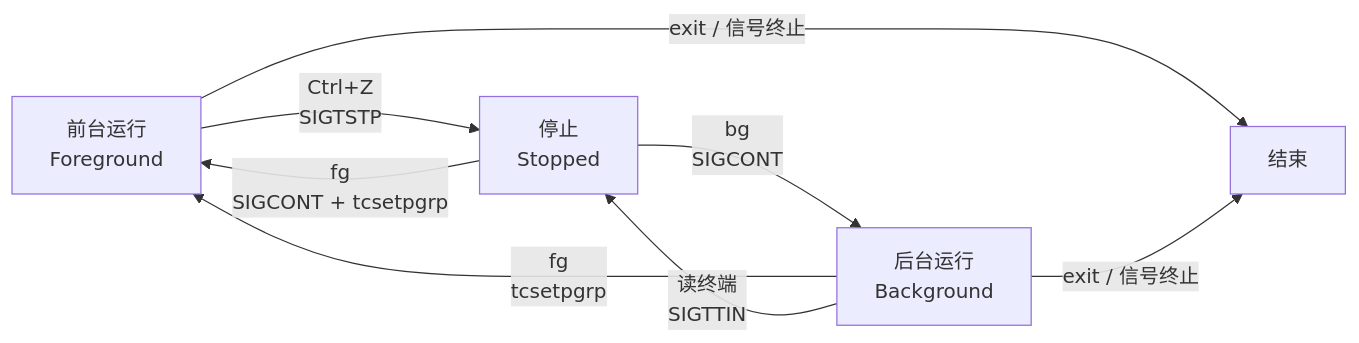
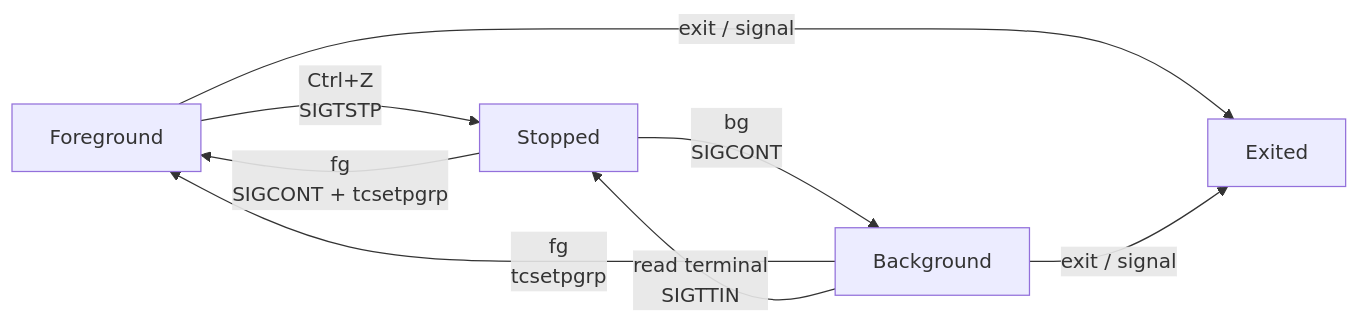
One commit to lilhammerfun/hands-on-os changed the second of 3 diagrams in course/process/03-process-group.md. Above: the diagram before and after it, drawn with Mermaid. The commit also changed other lines of this file and 3 other files, not shown here.

````diff
--- a/course/process/03-process-group.md
+++ b/course/process/03-process-group.md
@@ -242,14 +242,14 @@
 ```mermaid
 flowchart LR
-    FG["前台运行<br/>Foreground"]
-    BG["后台运行<br/>Background"]
-    ST["停止<br/>Stopped"]
+    FG["Foreground"]
+    BG["Background"]
+    ST["Stopped"]
 
     FG -->|"Ctrl+Z<br/>SIGTSTP"| ST
     ST -->|"fg<br/>SIGCONT + tcsetpgrp"| FG
     ST -->|"bg<br/>SIGCONT"| BG
     BG -->|"fg<br/>tcsetpgrp"| FG
-    FG -->|"exit / 信号终止"| END["结束"]
-    BG -->|"exit / 信号终止"| END
-    BG -->|"读终端<br/>SIGTTIN"| ST
+    FG -->|"exit / signal"| END["Exited"]
+    BG -->|"exit / signal"| END
+    BG -->|"read terminal<br/>SIGTTIN"| ST
 ```
````
